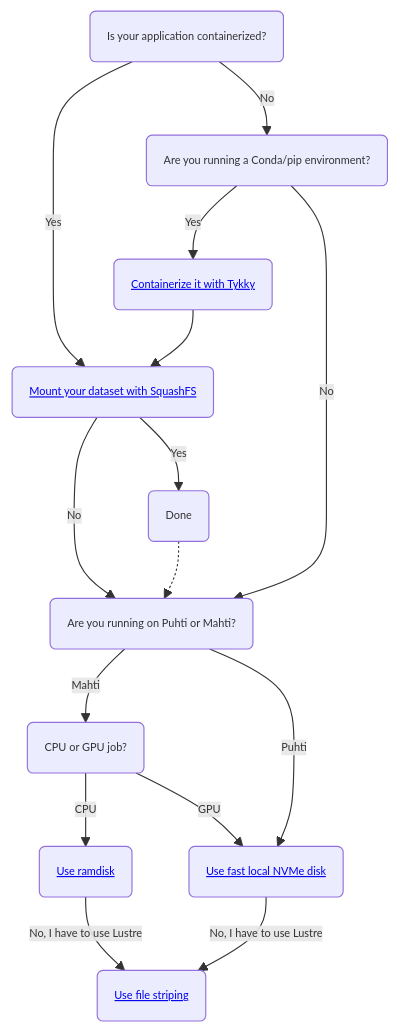
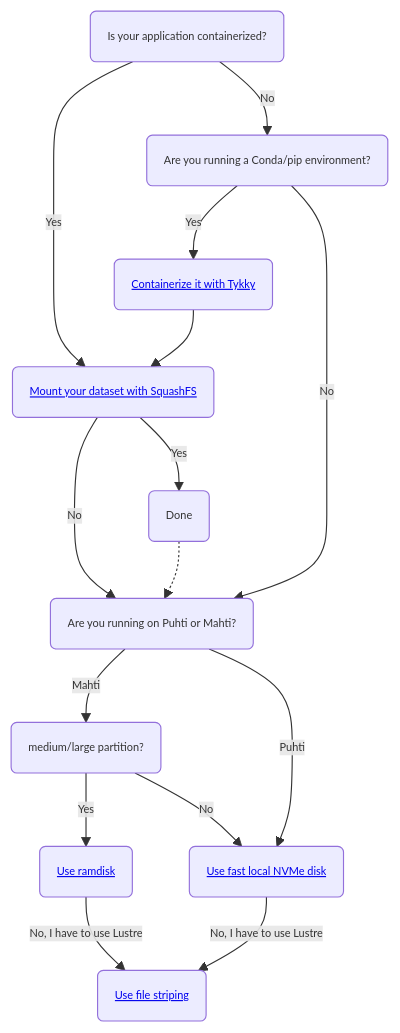
Before and after one commit to CSCfi/csc-user-guide: the second of 2 diagrams in docs/computing/running/throughput.md, drawn with Mermaid. The commit also changed other lines of this file and 3 other files, not shown here.

````diff
--- a/docs/computing/running/throughput.md
+++ b/docs/computing/running/throughput.md
@@ -124,18 +124,18 @@
 ```mermaid
 %%{init: {'theme': 'default', 'themeVariables': { 'fontSize': '0.6rem'}}}%%
 graph TD
     A(Is your application containerized?) -->|Yes| B(<a href='/computing/containers/run-existing/#mounting-datasets-with-squashfs'>Mount your dataset with SquashFS</a>)
     A -->|No| C(Are you running a Conda/pip environment?)
     C -->|Yes| D(<a href='/computing/containers/tykky/'>Containerize it with Tykky</a>)
     D --> B
     C -->|No| E(Are you running on Puhti or Mahti?)
-    E -->|Mahti| F(CPU or GPU job?)
-    F -->|CPU| G(<a href='/computing/disk/#compute-nodes-without-local-ssd-nvme-disks'>Use ramdisk</a>)
-    F -->|GPU| H(<a href='/computing/disk/#compute-nodes-with-local-ssd-nvme-disks'>Use fast local NVMe disk</a>)
+    E -->|Mahti| F(medium/large partition?)
+    F -->|Yes| G(<a href='/computing/disk/#compute-nodes-without-local-ssd-nvme-disks'>Use ramdisk</a>)
+    F -->|No| H(<a href='/computing/disk/#compute-nodes-with-local-ssd-nvme-disks'>Use fast local NVMe disk</a>)
     E -->|Puhti| H
     B -->|No| E
     B -->|Yes| I(Done)
     I -.-> E
     G -->|No, I have to use Lustre| J(<a href='/computing/lustre/#file-striping-and-alignment'>Use file striping</a>)
     H -->|No, I have to use Lustre| J
 ```
````
